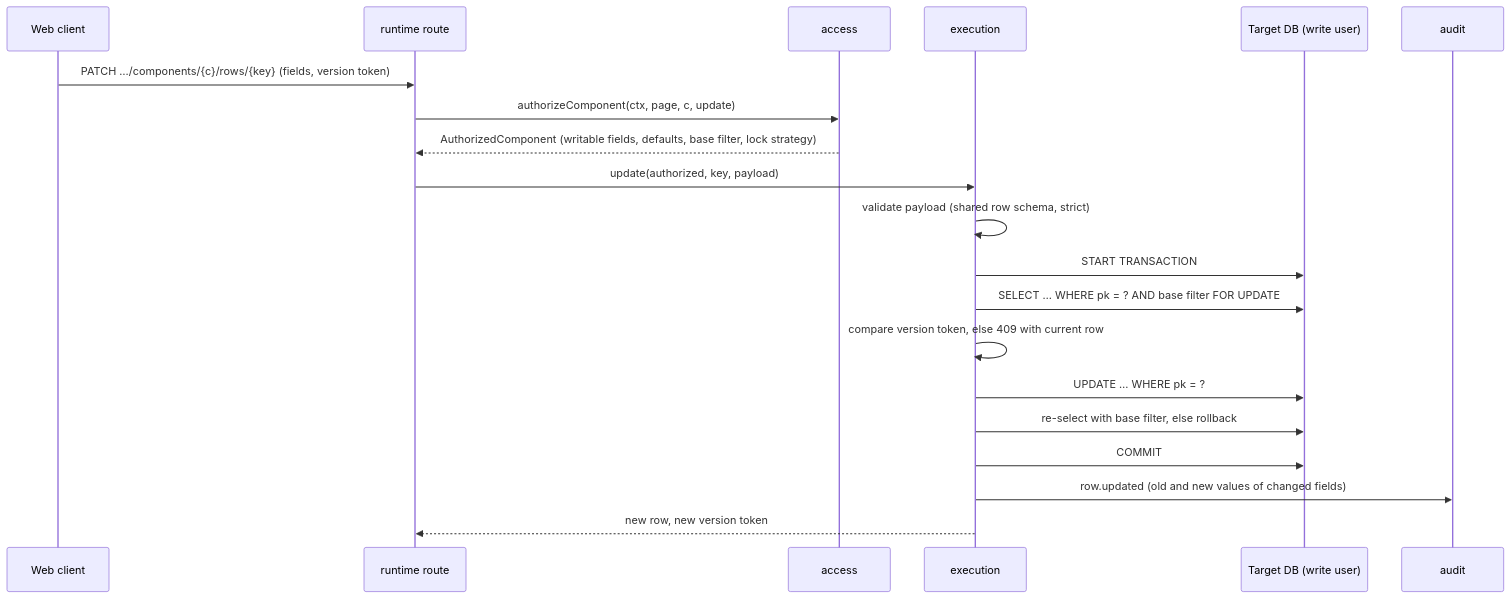
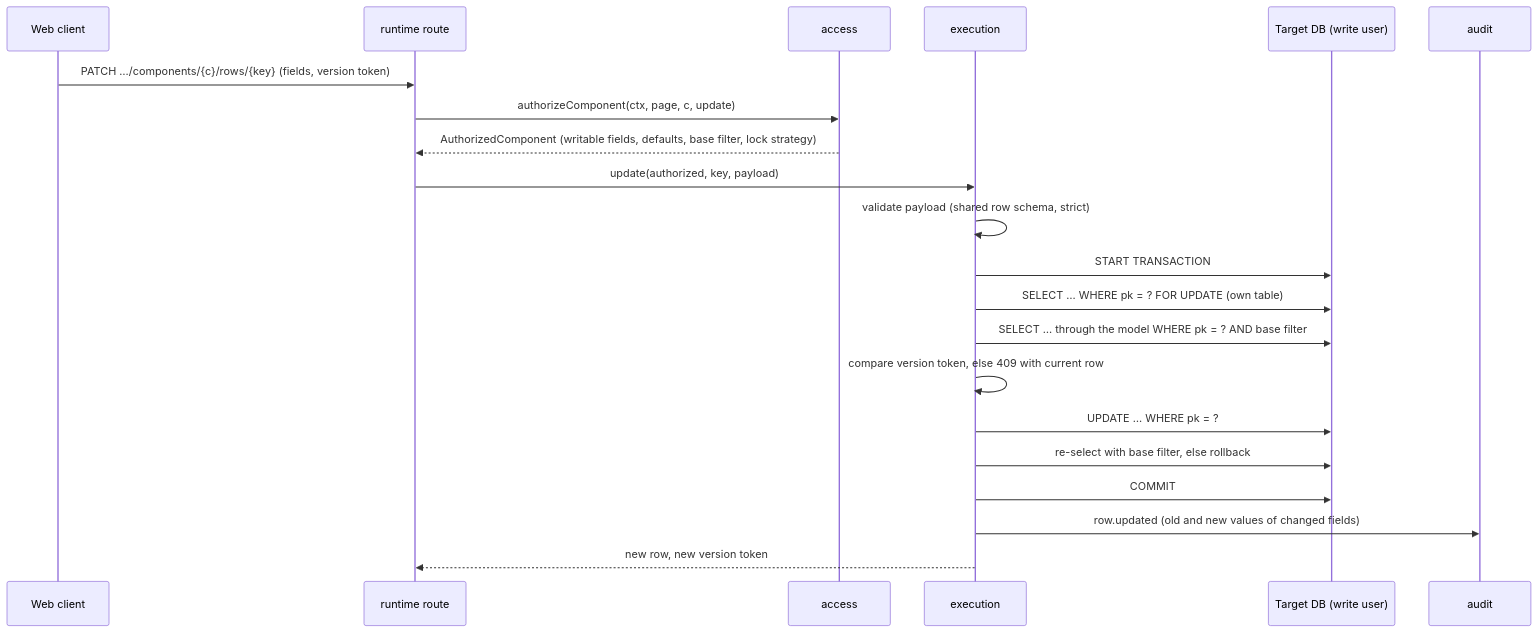
The third of 3 diagrams in docs/architecture.md (kaibrockelt/stashley), drawn with Mermaid before and after one commit. The commit also changed other lines of this file and 1 other file, not shown here.

````diff
--- a/docs/architecture.md
+++ b/docs/architecture.md
@@ -779,22 +780,23 @@
 ```mermaid
 sequenceDiagram
   participant W as Web client
   participant R as runtime route
   participant A as access
   participant X as execution
   participant T as Target DB (write user)
   participant L as audit
   W->>R: PATCH …/components/{c}/rows/{key} (fields, version token)
   R->>A: authorizeComponent(ctx, page, c, update)
   A-->>R: AuthorizedComponent (writable fields, defaults, base filter, lock strategy)
   R->>X: update(authorized, key, payload)
   X->>X: validate payload (shared row schema, strict)
   X->>T: START TRANSACTION
-  X->>T: SELECT … WHERE pk = ? AND base filter FOR UPDATE
+  X->>T: SELECT … WHERE pk = ? FOR UPDATE (own table)
+  X->>T: SELECT … through the model WHERE pk = ? AND base filter
   X->>X: compare version token, else 409 with current row
   X->>T: UPDATE … WHERE pk = ?
   X->>T: re-select with base filter, else rollback
   X->>T: COMMIT
   X->>L: row.updated (old and new values of changed fields)
   X-->>R: new row, new version token
 ```
````
